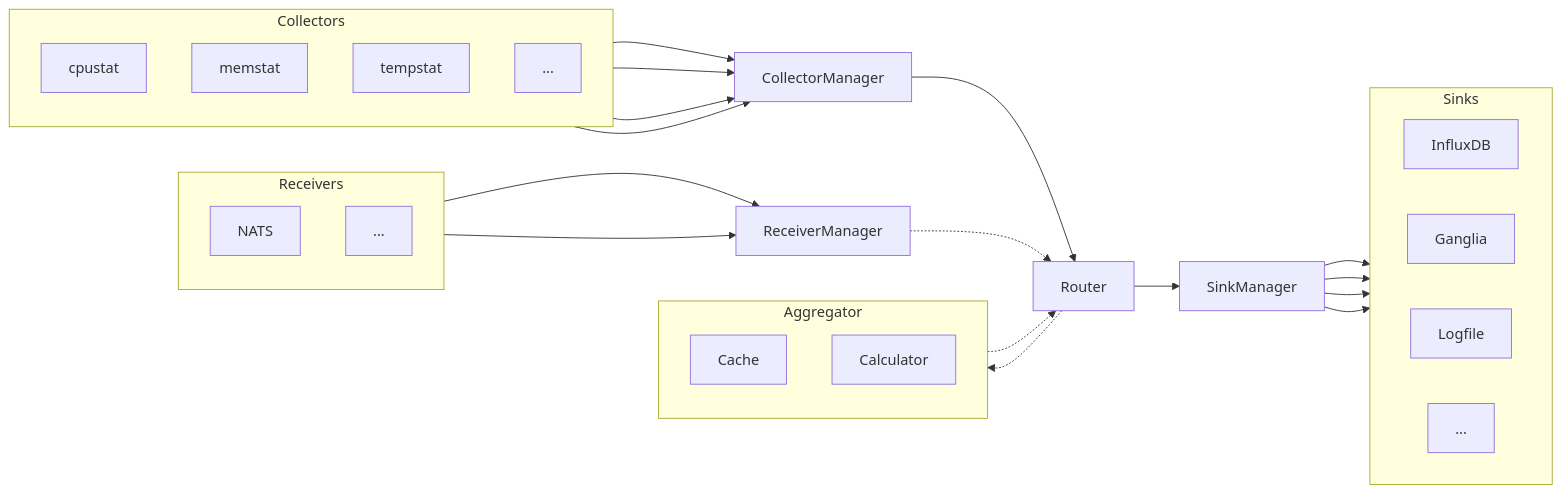
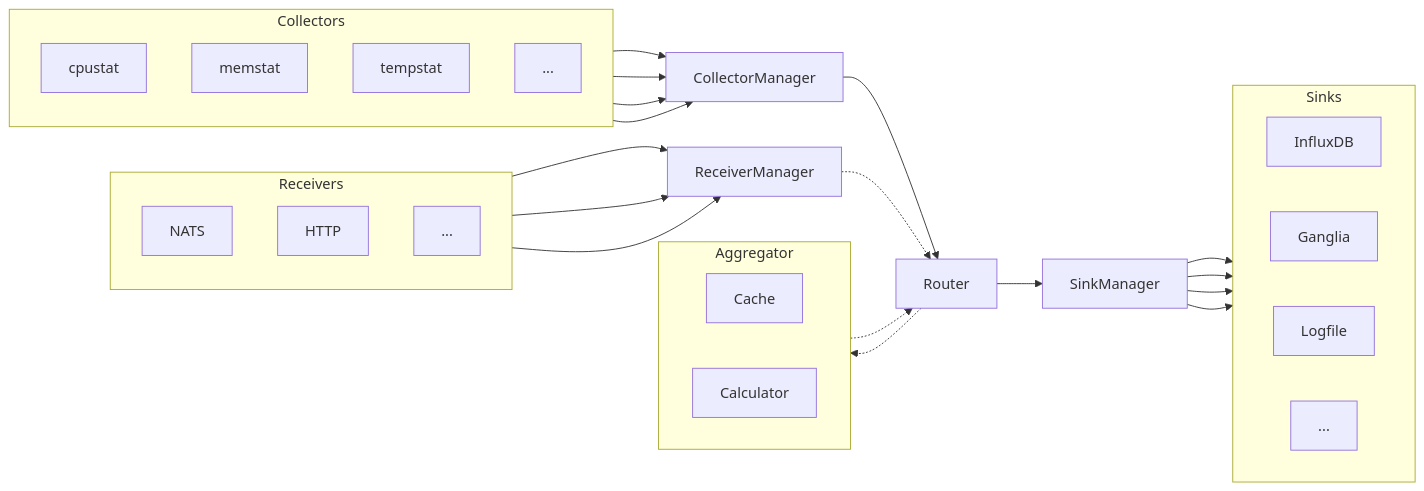
One commit to ClusterCockpit/cc-metric-collector changed the diagram in docs/configuration.md. Above: the diagram before and after it, drawn with Mermaid.

Commit message:
Update configuration.md
Add an additional receiver to have better alignment of components

````diff
--- a/docs/configuration.md
+++ b/docs/configuration.md
@@ -26,52 +26,54 @@
 ```mermaid
 flowchart LR
 
   subgraph col ["Collectors"]
   direction TB
   cpustat["cpustat"]
   memstat["memstat"]
   tempstat["tempstat"]
   misc["..."]
   end
   
   subgraph Receivers ["Receivers"]
   direction TB
   nats["NATS"]
+  httprecv["HTTP"]
   miscrecv[...]
   end
 
   subgraph calc["Aggregator"]
-  direction TB
+  direction LR
   cache["Cache"]
   agg["Calculator"]
   end
 
   subgraph sinks ["Sinks"]
   direction RL
   influx["InfluxDB"]
   ganglia["Ganglia"]
   logger["Logfile"]
   miscsink["..."]
   end
 
   cpustat --> CollectorManager["CollectorManager"]
   memstat --> CollectorManager
   tempstat --> CollectorManager
   misc --> CollectorManager
 
   nats  --> ReceiverManager["ReceiverManager"]
+  httprecv --> ReceiverManager
   miscrecv --> ReceiverManager
 
   CollectorManager --> newrouter["Router"]
   ReceiverManager -.-> newrouter
   calc -.-> newrouter
   newrouter --> SinkManager["SinkManager"]
   newrouter -.-> calc
 
   SinkManager --> influx
   SinkManager --> ganglia
   SinkManager --> logger
   SinkManager --> miscsink
 
 
 ```
````
